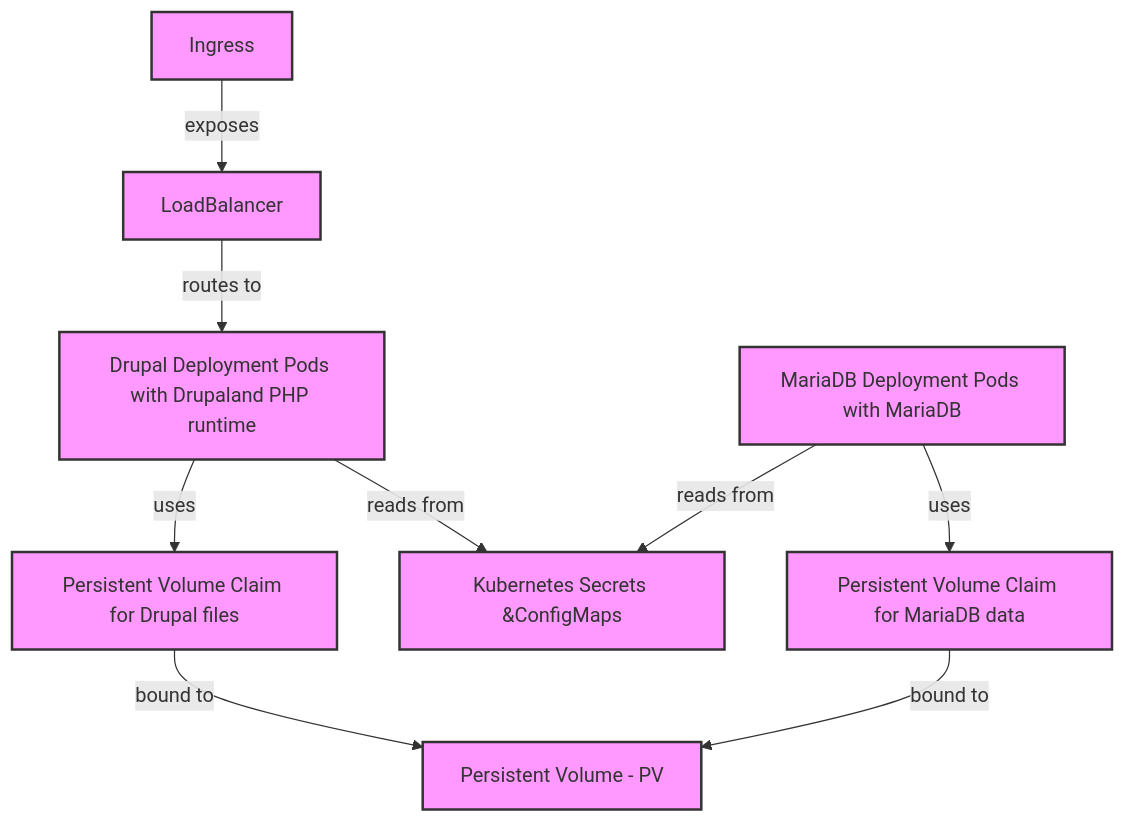
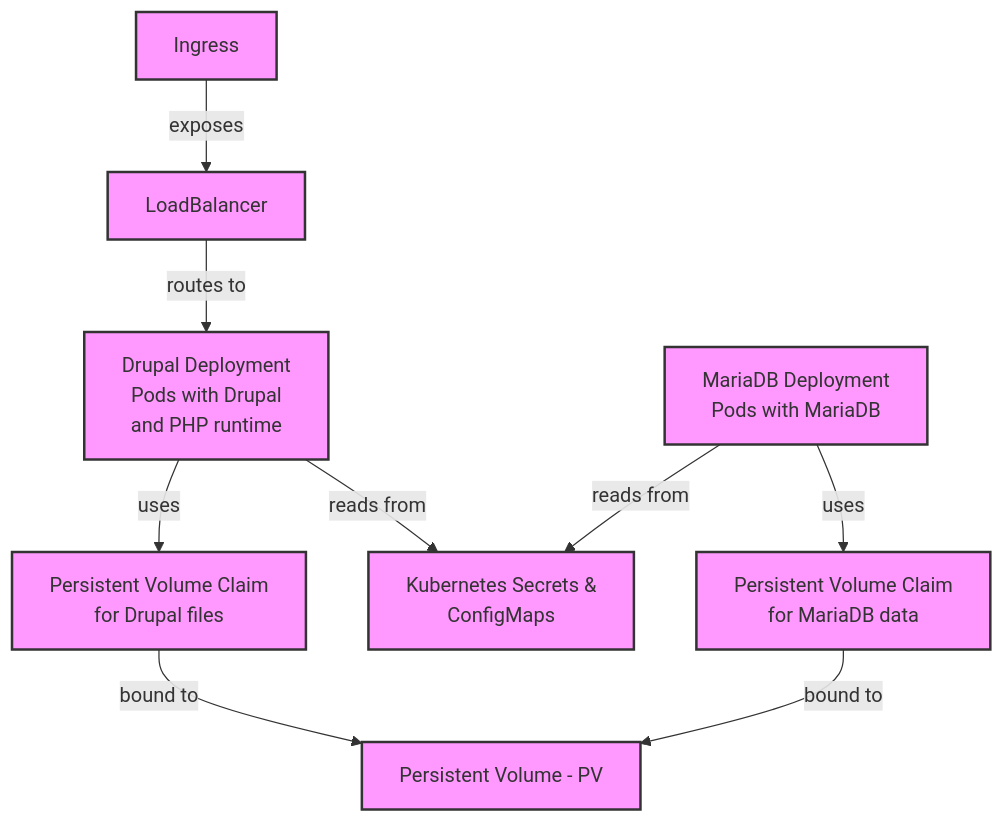
One commit to ricardoamaro/labs changed the diagram in DrupalIberia2025/lab1.org. Above: the diagram before and after it, drawn with Mermaid. The commit also changed other lines of this file and 3 other files, not shown here.

```diff
--- a/DrupalIberia2025/lab1.org
+++ b/DrupalIberia2025/lab1.org
@@ -148,13 +174,15 @@
-#+begin_src mermaid :file diagram_mermaid.png :exports results
-graph TD
-Ingress -->|exposes| LoadBalancer
-LoadBalancer -->|routes to| DrupalDeployment[Drupal Deployment Pods with Drupaland PHP runtime ]
-DrupalDeployment -->|uses| PVCDrupal[Persistent Volume Claim for Drupal files ]
-PVCDrupal -->|bound to| PV[Persistent Volume - PV ]
-DrupalDeployment -->|reads from| SecretsConfigMaps[Kubernetes Secrets &ConfigMaps]
-MariaDBDeployment[MariaDB Deployment Pods with MariaDB] -->|uses| PVCMariaDB[Persistent Volume Claim for MariaDB data ]
-PVCMariaDB -->|bound to| PV
-MariaDBDeployment -->|reads from| SecretsConfigMaps
-classDef k8s fill:#f9f,stroke:#333,stroke-width:2px;
-class Ingress,LoadBalancer,DrupalDeployment,MariaDBDeployment,PVCDrupal,PVCMariaDB,PV,SecretsConfigMaps k8s;
-#+end_src
+   #+begin_src mermaid :file diagram_mermaid.png :exports results
+   graph TD
+      Ingress -->|exposes| LoadBalancer
+      LoadBalancer -->|routes to| DrupalDeployment[Drupal Deployment<br> Pods with Drupal<br>and PHP runtime ]
+      DrupalDeployment -->|uses| PVCDrupal[Persistent Volume Claim<br> for Drupal files ]
+      PVCDrupal -->|bound to| PV[Persistent Volume - PV ]
+      DrupalDeployment -->|reads from| SecretsConfigMaps[Kubernetes Secrets &<br>ConfigMaps]
+
+      MariaDBDeployment[MariaDB Deployment<br> Pods with MariaDB] -->|uses| PVCMariaDB[Persistent Volume Claim<br> for MariaDB data ]
+      PVCMariaDB -->|bound to| PV
+      MariaDBDeployment -->|reads from| SecretsConfigMaps
+
+      classDef k8s fill:#f9f,stroke:#333,stroke-width:2px;
+      class Ingress,LoadBalancer,DrupalDeployment,MariaDBDeployment,PVCDrupal,PVCMariaDB,PV,SecretsConfigMaps k8s;
+   #+end_src
```
